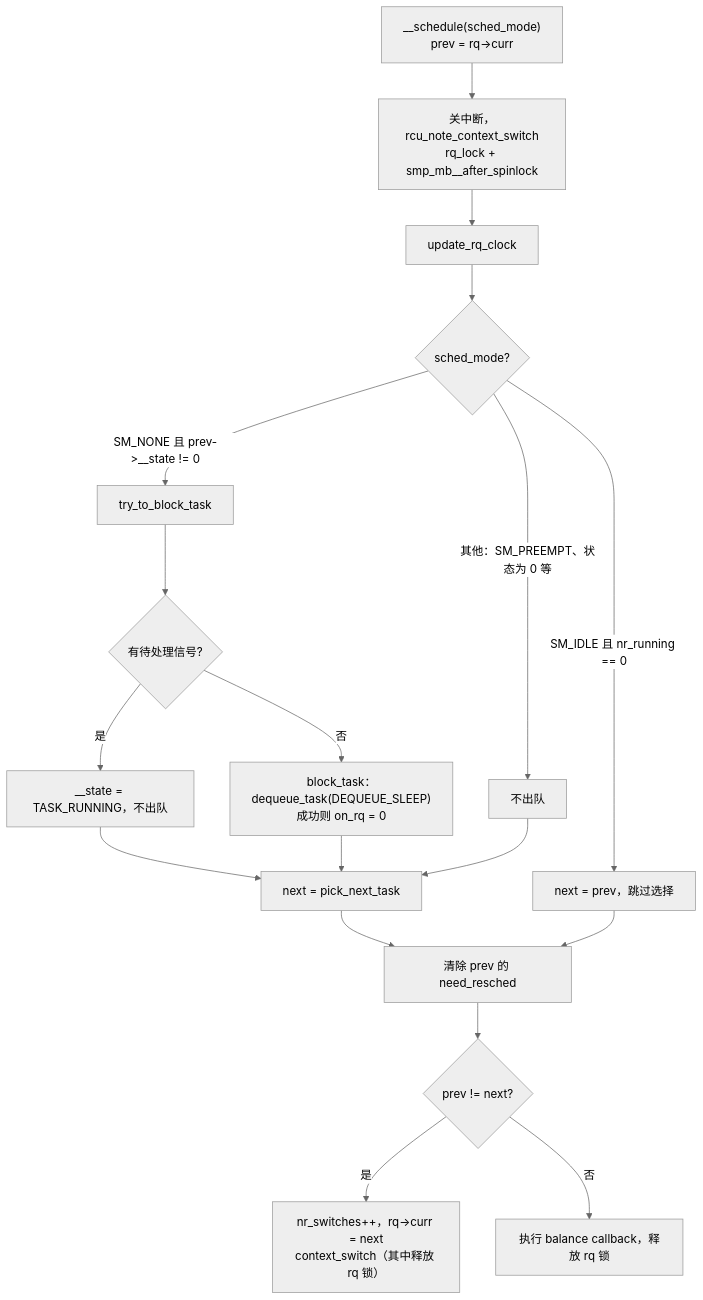
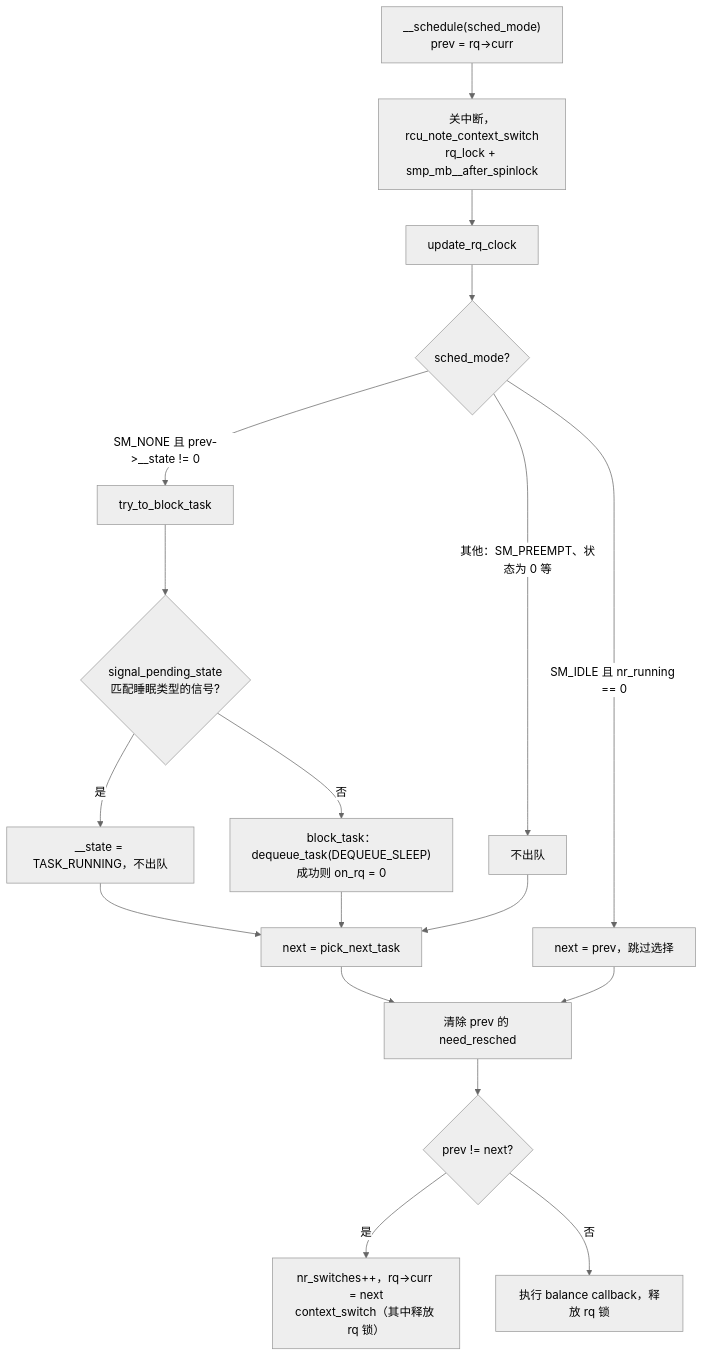
One commit to linuxperf/linux-study changed the third of 5 diagrams in book/sched/introduction.md. Above: the diagram before and after it, drawn with Mermaid (neutral theme). The commit also changed other lines of this file and 3 other files, not shown here.

````diff
--- a/book/sched/introduction.md
+++ b/book/sched/introduction.md
@@ -626,20 +638,20 @@
 ```mermaid
 flowchart TD
     A["__schedule(sched_mode)<br/>prev = rq->curr"] --> B["关中断，rcu_note_context_switch<br/>rq_lock + smp_mb__after_spinlock"]
     B --> C["update_rq_clock"]
     C --> D{"sched_mode?"}
     D -->|"SM_IDLE 且 nr_running == 0"| P["next = prev，跳过选择"]
     D -->|"SM_NONE 且 prev->__state != 0"| E["try_to_block_task"]
     D -->|"其他：SM_PREEMPT、状态为 0 等"| F["不出队"]
-    E --> E1{"有待处理信号?"}
+    E --> E1{"signal_pending_state<br/>匹配睡眠类型的信号?"}
     E1 -->|"是"| E2["__state = TASK_RUNNING，不出队"]
     E1 -->|"否"| E3["block_task：dequeue_task(DEQUEUE_SLEEP)<br/>成功则 on_rq = 0"]
     E2 --> G
     E3 --> G
     F --> G["next = pick_next_task"]
     G --> H["清除 prev 的 need_resched"]
     P --> H
     H --> I{"prev != next?"}
     I -->|"是"| J["nr_switches++，rq->curr = next<br/>context_switch（其中释放 rq 锁）"]
     I -->|"否"| K["执行 balance callback，释放 rq 锁"]
 ```
````
